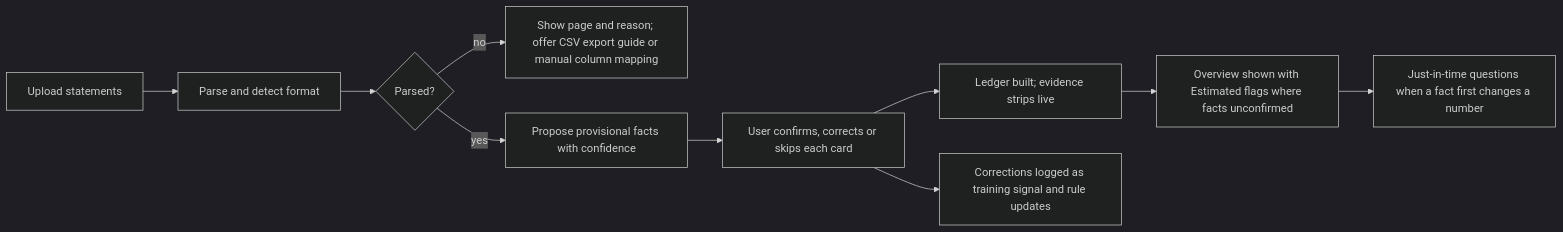
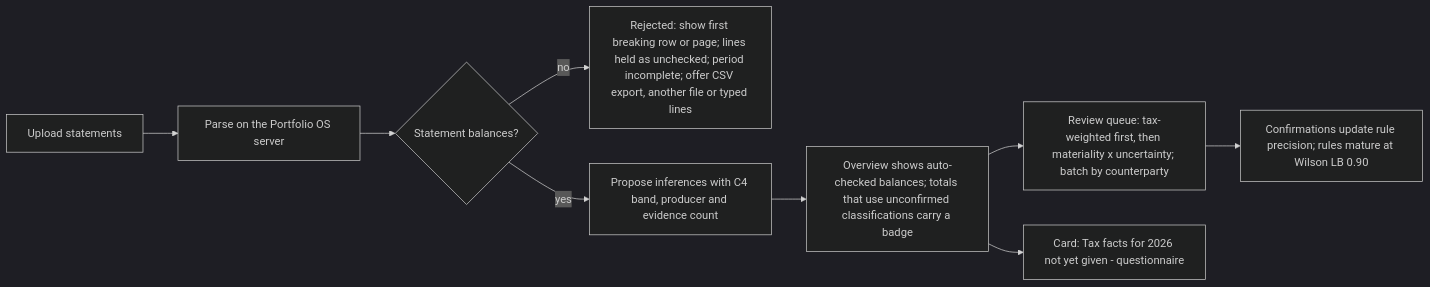
Before and after one commit to alhameenoki1-prog/Terminal-: the second of 2 diagrams in docs/portfolio-os/08_ux_and_product_design_blueprint.md, drawn with Mermaid (dark theme). The commit also changed other lines of this file and 3 other files, not shown here.

````diff
--- a/docs/portfolio-os/08_ux_and_product_design_blueprint.md
+++ b/docs/portfolio-os/08_ux_and_product_design_blueprint.md
@@ -169,12 +363,11 @@
 ```mermaid
 flowchart LR
-  A[Upload statements] --> B[Parse and detect format]
-  B --> C{Parsed?}
-  C -- no --> C1[Show page and reason; offer CSV export guide or manual column mapping]
-  C -- yes --> D[Propose provisional facts with confidence]
-  D --> E[User confirms, corrects or skips each card]
-  E --> F[Ledger built; evidence strips live]
-  F --> G[Overview shown with Estimated flags where facts unconfirmed]
-  G --> H[Just-in-time questions when a fact first changes a number]
-  E --> I[Corrections logged as training signal and rule updates]
+  A[Upload statements] --> B[Parse on the Portfolio OS server]
+  B --> C{Statement balances?}
+  C -- no --> C1[Rejected: show first breaking row or page; lines held as unchecked; period incomplete; offer CSV export, another file or typed lines]
+  C -- yes --> D[Propose inferences with C4 band, producer and evidence count]
+  D --> E[Overview shows auto-checked balances; totals that use unconfirmed classifications carry a badge]
+  E --> F[Review queue: tax-weighted first, then materiality x uncertainty; batch by counterparty]
+  E --> G[Card: Tax facts for 2026 not yet given - questionnaire]
+  F --> H[Confirmations update rule precision; rules mature at Wilson LB 0.90]
 ```
````
